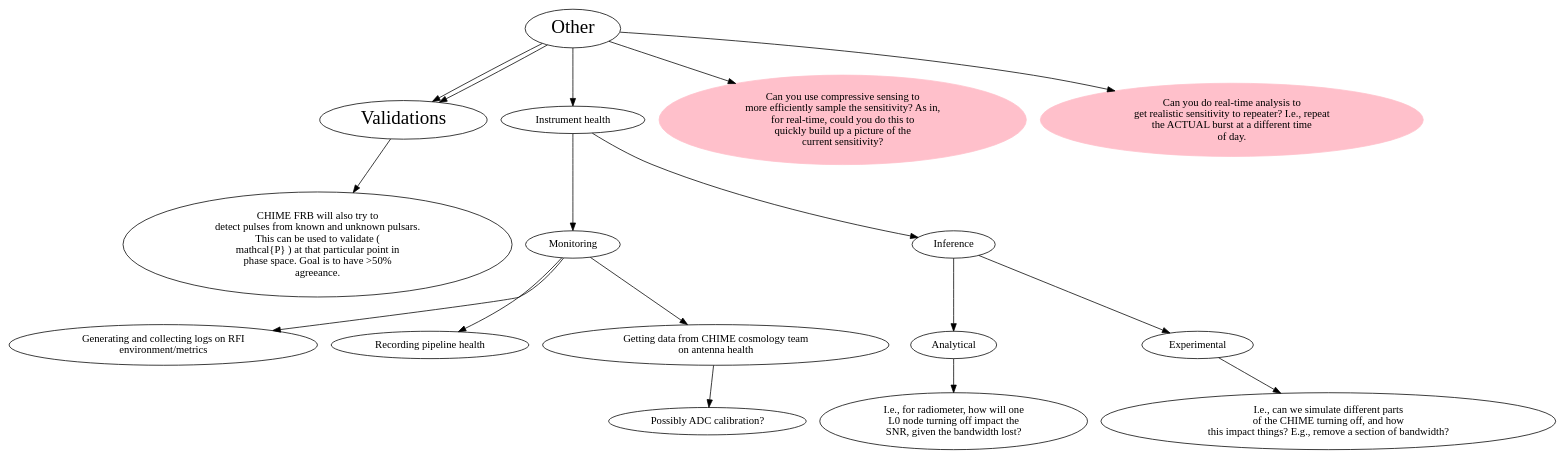
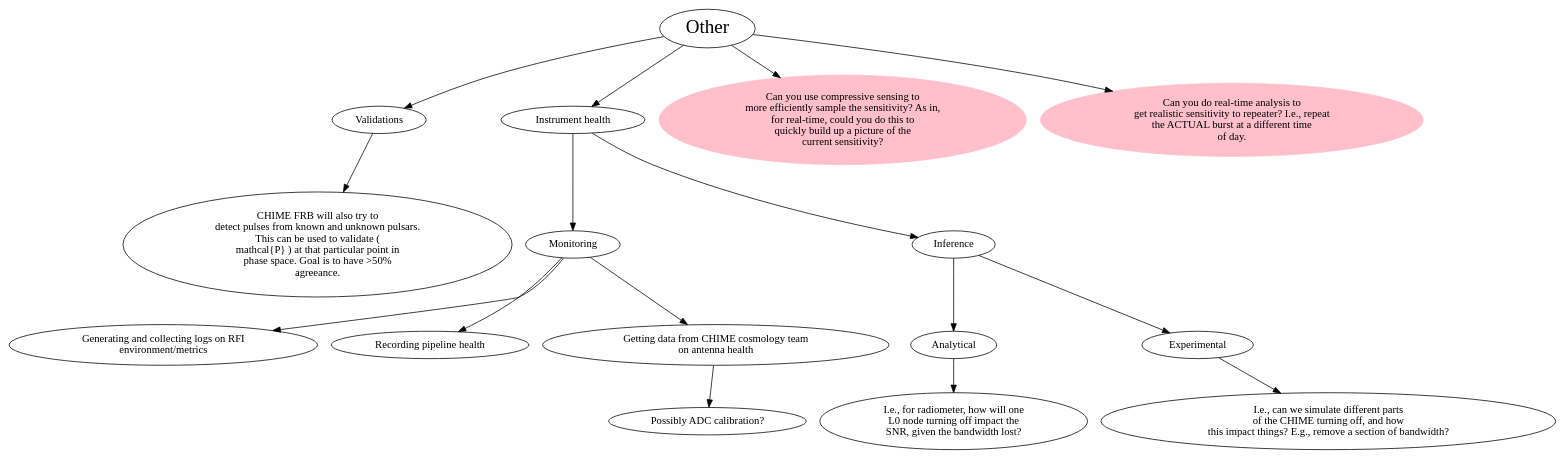
One commit to MilesCranmer/thesis_diagram changed the diagram in validations.dot. Above: the diagram before and after it, drawn with Graphviz.

Commit message:
Scale down 2nd level font size

```diff
--- a/validations.dot
+++ b/validations.dot
@@ -1,36 +1,35 @@
 digraph mygraph {
 overlap="prism";
 splines="true";
 B5 [fontsize=25 label="Other"];
 B5 -> B3;
-B5 -> B3;
-B3 [fontsize=25 label="Validations"];
+B3 [label="Validations"];
 B3 -> B31 ;
 B31 [label="CHIME FRB will also try to\ndetect pulses from known and unknown pulsars.\nThis can be used to validate \(\n\mathcal{P} \) at that particular point in\nphase space. Goal is to have >50%\nagreeance."];
 B5 -> B41 ;
 B41 [label="Instrument health"];
 B41 -> B411 ;
 B411 [label="Monitoring"];
 B411 -> B4111 ;
 B4111 [label="Generating and collecting logs on RFI\nenvironment/metrics"];
 B411 -> B4112 ;
 B4112 [label="Recording pipeline health"];
 B411 -> B4113 ;
 B4113 [label="Getting data from CHIME cosmology team\non antenna health"];
 B4113 -> B41131 ;
 B41131 [label="Possibly ADC calibration?"];
 B41 -> B412 ;
 B412 [label="Inference"];
 B412 -> B4121 ;
 B4121 [label="Analytical"];
 B4121 -> B41211 ;
 B41211 [label="I.e., for radiometer, how will one\nL0 node turning off impact the\nSNR, given the bandwidth lost?"];
 B412 -> B4122 ;
 B4122 [label="Experimental"];
 B4122 -> B41221 ;
 B41221 [label="I.e., can we simulate different parts\nof the CHIME turning off, and how\nthis impact things? E.g., remove a section of bandwidth?"];
 B5 -> B51;
 B51 [color="pink" style="filled" label="Can you use compressive sensing to\nmore efficiently sample the sensitivity? As in,\nfor real-time, could you do this to\nquickly build up a picture of the\ncurrent sensitivity?"];
 B5 -> B52;
 B52 [color="pink" style="filled" label="Can you do real-time analysis to\nget realistic sensitivity to repeater? I.e., repeat\nthe ACTUAL burst at a different time\nof day."];
 }
```
